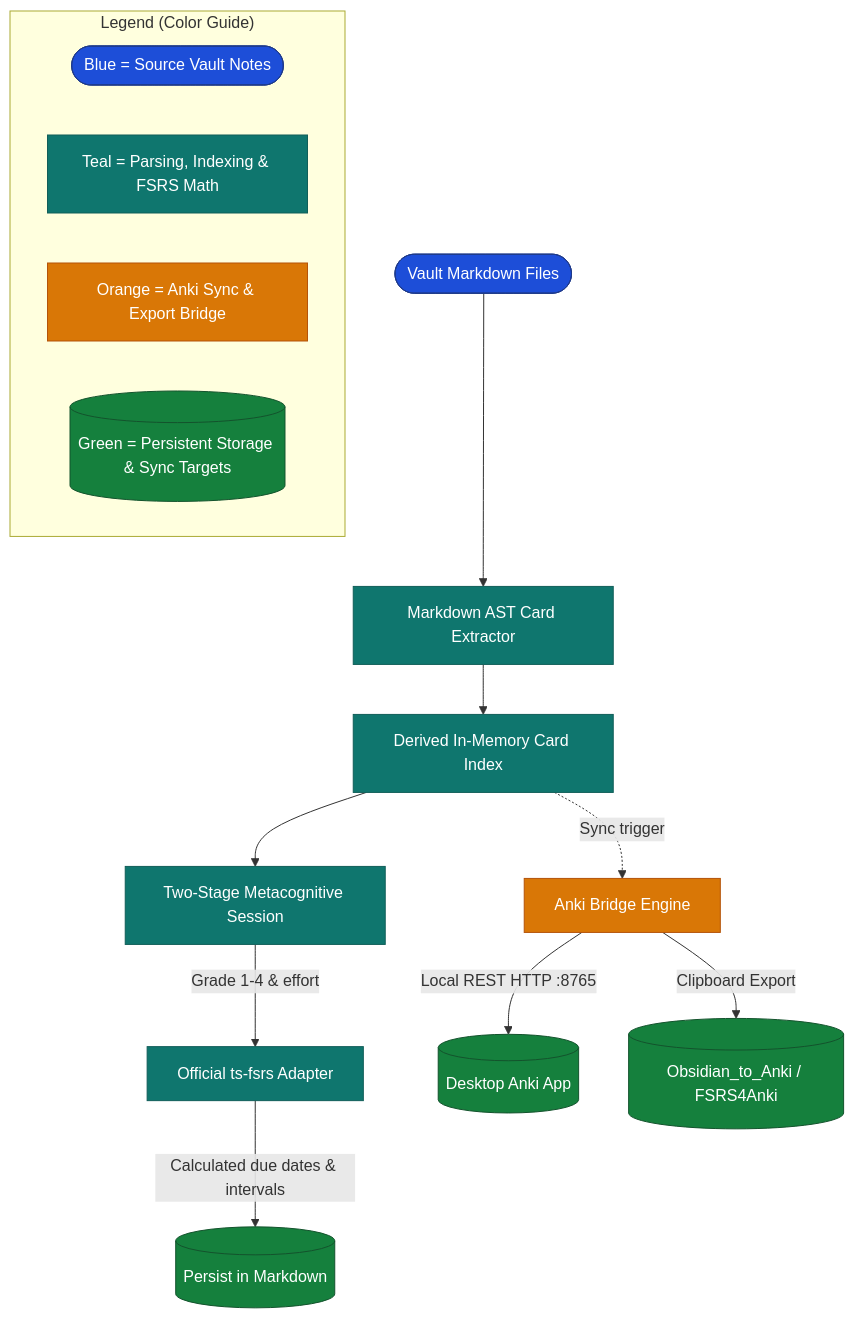
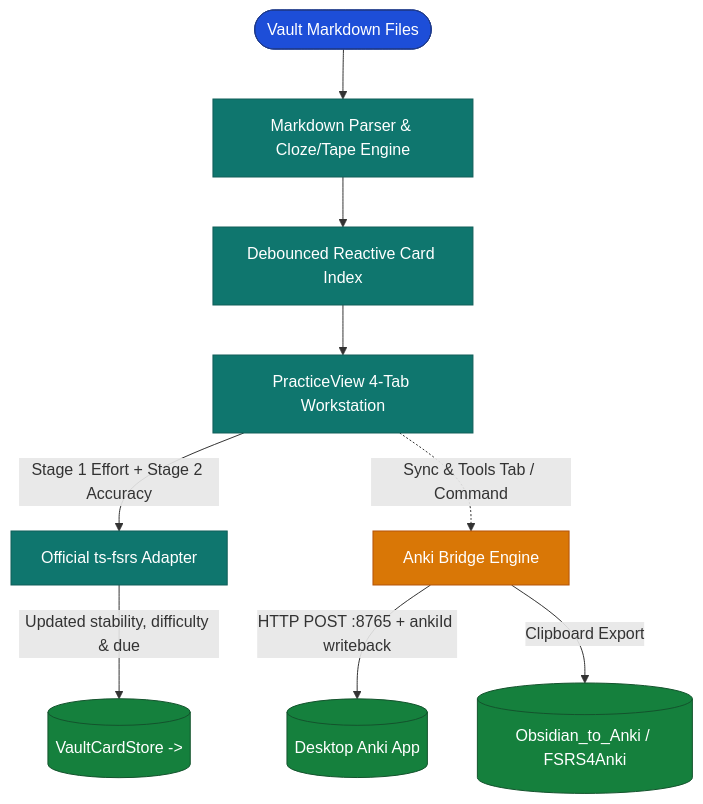
The diagram in docs/ARCHITECTURE.md (Mostakim2005/practice-engine), drawn with Mermaid before and after one commit. The commit also changed other lines of this file and 4 other files, not shown here.

Commit message:
docs: synchronize AGENTS.md, README.md, PRODUCT.md, ARCHITECTURE.md, and DECISIONS_AND_TRAPS.md with v3.0.0

````diff
--- a/docs/ARCHITECTURE.md
+++ b/docs/ARCHITECTURE.md
@@ -6,25 +6,17 @@
 ```mermaid
 flowchart TB
-    %% Color Definitions (Obsidian & GitHub compatible)
     classDef startNode fill:#1d4ed8,stroke:#1e3a8a,color:#ffffff
     classDef processNode fill:#0f766e,stroke:#115e59,color:#ffffff
     classDef syncNode fill:#d97706,stroke:#b45309,color:#ffffff
     classDef outputNode fill:#15803d,stroke:#14532d,color:#ffffff
 
-    Vault([Vault Markdown Files]):::startNode --> AST[Markdown AST Card Extractor]:::processNode
-    AST --> Indexer[Derived In-Memory Card Index]:::processNode
-    Indexer --> Review[Two-Stage Metacognitive Session]:::processNode
-    Review -->|Grade 1-4 & effort| FSRS[Official ts-fsrs Adapter]:::processNode
-    FSRS -->|Calculated due dates & intervals| VaultUpdate[(Persist <!--pe-meta--> in Markdown)]:::outputNode
+    Vault([Vault Markdown Files]):::startNode --> AST[Markdown Parser & Cloze/Tape Engine]:::processNode
+    AST --> Indexer[Debounced Reactive Card Index]:::processNode
+    Indexer --> View[PracticeView 4-Tab Workstation]:::processNode
+    View -->|Stage 1 Effort + Stage 2 Accuracy| FSRS[Official ts-fsrs Adapter]:::processNode
+    FSRS -->|Updated stability, difficulty & due| Store[(VaultCardStore -> <!--pe-meta: key=val -->)]:::outputNode
 
-    Indexer -.->|Sync trigger| Bridge[Anki Bridge Engine]:::syncNode
-    Bridge -->|Local REST HTTP :8765| AnkiConnect[(Desktop Anki App)]:::outputNode
+    View -.->|Sync & Tools Tab / Command| Bridge[Anki Bridge Engine]:::syncNode
+    Bridge -->|HTTP POST :8765 + ankiId writeback| AnkiConnect[(Desktop Anki App)]:::outputNode
     Bridge -->|Clipboard Export| ExternalTools[(Obsidian_to_Anki / FSRS4Anki)]:::outputNode
-
-    subgraph Legend["Legend (Color Guide)"]
-        L1([Blue = Source Vault Notes]):::startNode
-        L2[Teal = Parsing, Indexing & FSRS Math]:::processNode
-        L3[Orange = Anki Sync & Export Bridge]:::syncNode
-        L4[(Green = Persistent Storage & Sync Targets)]:::outputNode
-    end
 ```
````
